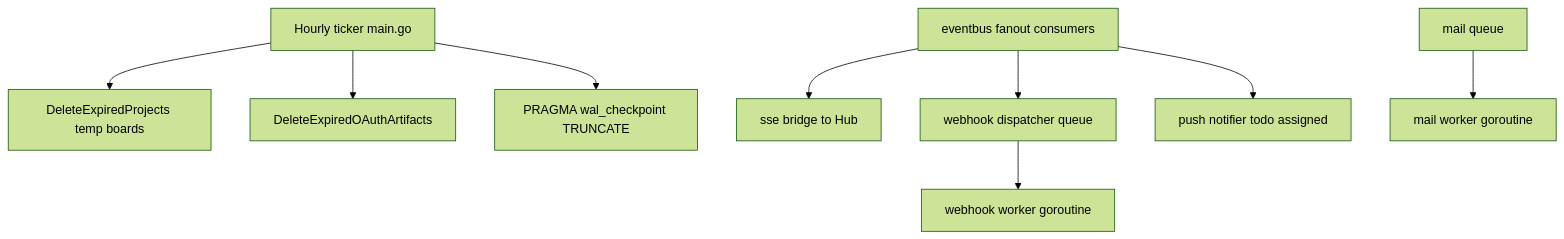
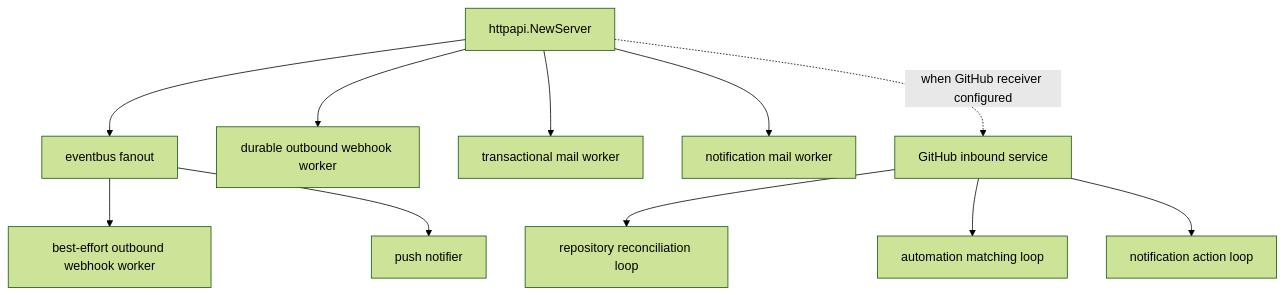
Before and after one commit to markrai/scrumboy: the third of 3 diagrams in docs/diagrams/scrumboy_bootstrap.md, drawn with Mermaid (forest theme). The commit also changed other lines of this file and 189 other files, not shown here.

````diff
--- a/docs/diagrams/scrumboy_bootstrap.md
+++ b/docs/diagrams/scrumboy_bootstrap.md
@@ -36,16 +54,22 @@
 ```mermaid
 flowchart TB
-  Hourly[Hourly ticker main.go]
-  Hourly --> Expire[DeleteExpiredProjects temp boards]
-  Hourly --> OAuthClean[DeleteExpiredOAuthArtifacts]
-  Hourly --> Wal[PRAGMA wal_checkpoint TRUNCATE]
+  Server[httpapi.NewServer]
+  Fan[eventbus fanout]
+  OutWH[best-effort outbound webhook worker]
+  DurableWH[durable outbound webhook worker]
+  MailT[transactional mail worker]
+  MailN[notification mail worker]
+  Push[push notifier]
+  GH[GitHub inbound service]
 
-  Fanout[eventbus fanout consumers]
-  Fanout --> SSE[sse bridge to Hub]
-  Fanout --> WH[webhook dispatcher queue]
-  Fanout --> PushN[push notifier todo assigned]
-
-  WH --> Worker[webhook worker goroutine]
-  MailQ2[mail queue]
-  MailQ2 --> MailWorker[mail worker goroutine]
+  Server --> Fan
+  Fan --> OutWH
+  Server --> DurableWH
+  Server --> MailT
+  Server --> MailN
+  Fan --> Push
+  Server -.->|when GitHub receiver configured| GH
+  GH --> GHRecon[repository reconciliation loop]
+  GH --> GHMatch[automation matching loop]
+  GH --> GHExec[notification action loop]
 ```
````
